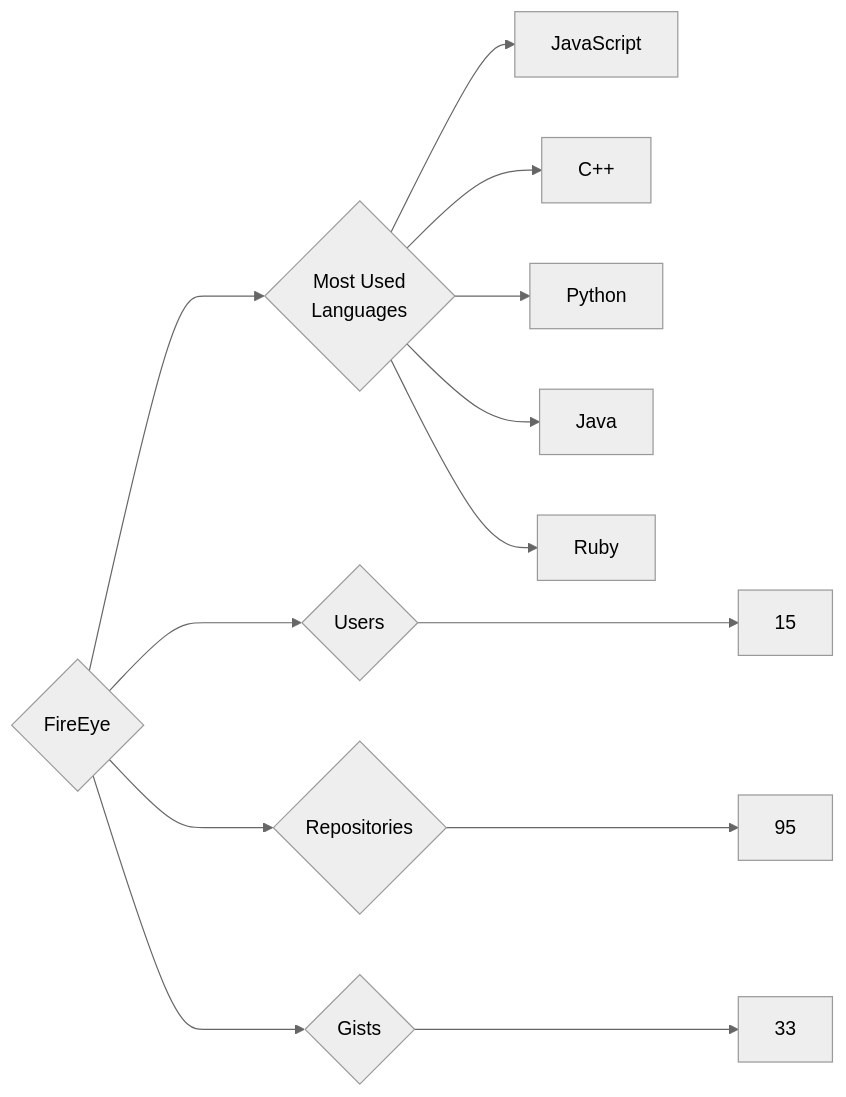
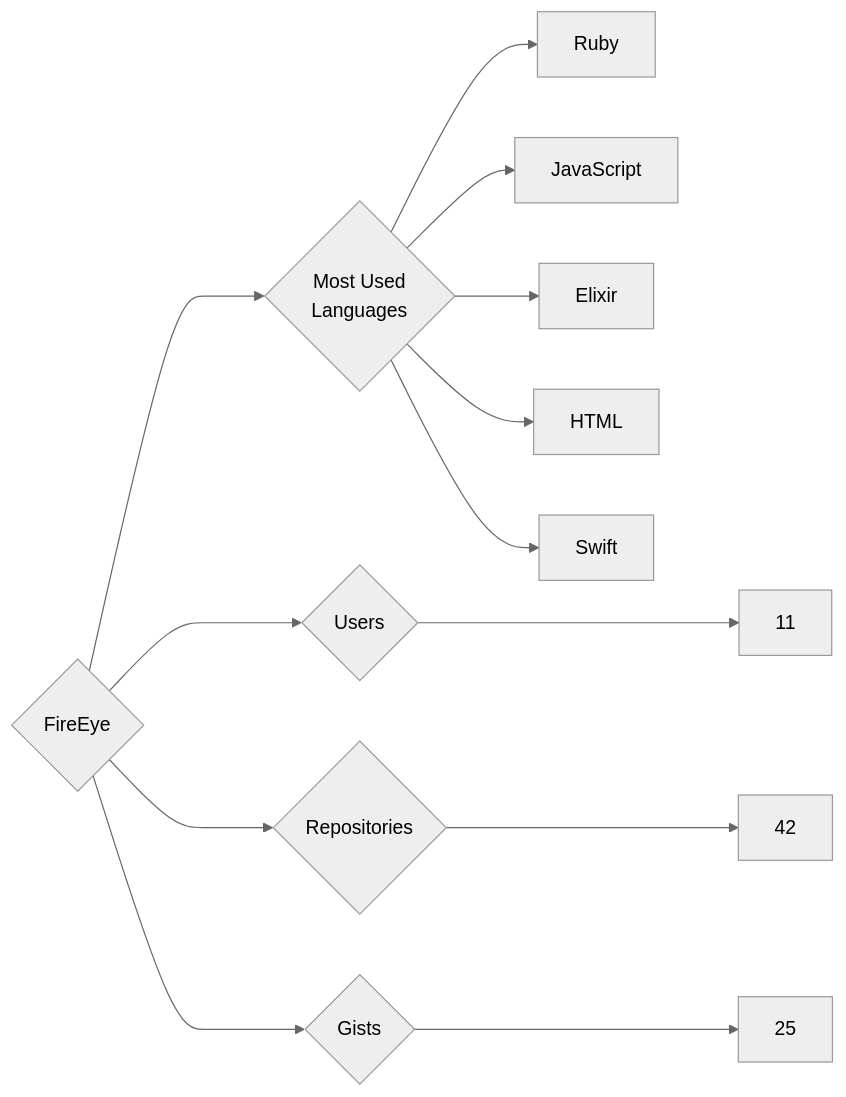
Before and after one commit to trickest/insiders: the diagram in targets/FireEye/README.md, drawn with Mermaid (neutral theme). The commit also changed 826 other files, not shown here.

````diff
--- a/targets/FireEye/README.md
+++ b/targets/FireEye/README.md
@@ -3,13 +3,13 @@
 ```mermaid
 graph LR
 COMPANY_NAME{FireEye}
-COMPANY_NAME ---> U{Users} ---> UN[15]
-COMPANY_NAME ---> R{Repositories} ---> RN[95]
-COMPANY_NAME ---> G{Gists} ---> GN[33]
+COMPANY_NAME ---> U{Users} ---> UN[11]
+COMPANY_NAME ---> R{Repositories} ---> RN[42]
+COMPANY_NAME ---> G{Gists} ---> GN[25]
 COMPANY_NAME ---> ML{Most Used<br>Languages}
+ML --> Ruby[Ruby]
 ML --> JavaScript[JavaScript]
-ML --> C++[C++]
-ML --> Python[Python]
-ML --> Java[Java]
-ML --> Ruby[Ruby]
+ML --> Elixir[Elixir]
+ML --> HTML[HTML]
+ML --> Swift[Swift]
 ```
````
